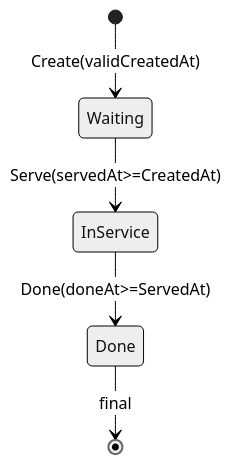
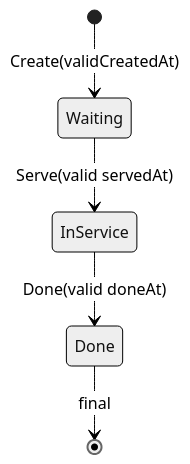
The diagram in docs/contexts/pasien-tracker/tracker-f06-implementation-report.md (smart-ics/b09-bilreg-api), drawn with Mermaid (neutral theme) before and after one commit. The commit also changed other lines of this file and 5 other files, not shown here.

First line of the commit message:
Remove queue ServedAt/DoneAt precedence validation so retained data can remain operable when Fixed Business Date is changed.

````diff
--- a/docs/contexts/pasien-tracker/tracker-f06-implementation-report.md
+++ b/docs/contexts/pasien-tracker/tracker-f06-implementation-report.md
@@ -41,7 +41,7 @@
 ```mermaid
 stateDiagram-v2
     [*] --> Waiting: Create(validCreatedAt)
-    Waiting --> InService: Serve(servedAt>=CreatedAt)
-    InService --> Done: Done(doneAt>=ServedAt)
+    Waiting --> InService: Serve(valid servedAt)
+    InService --> Done: Done(valid doneAt)
     Done --> [*]: final
 ```
````
